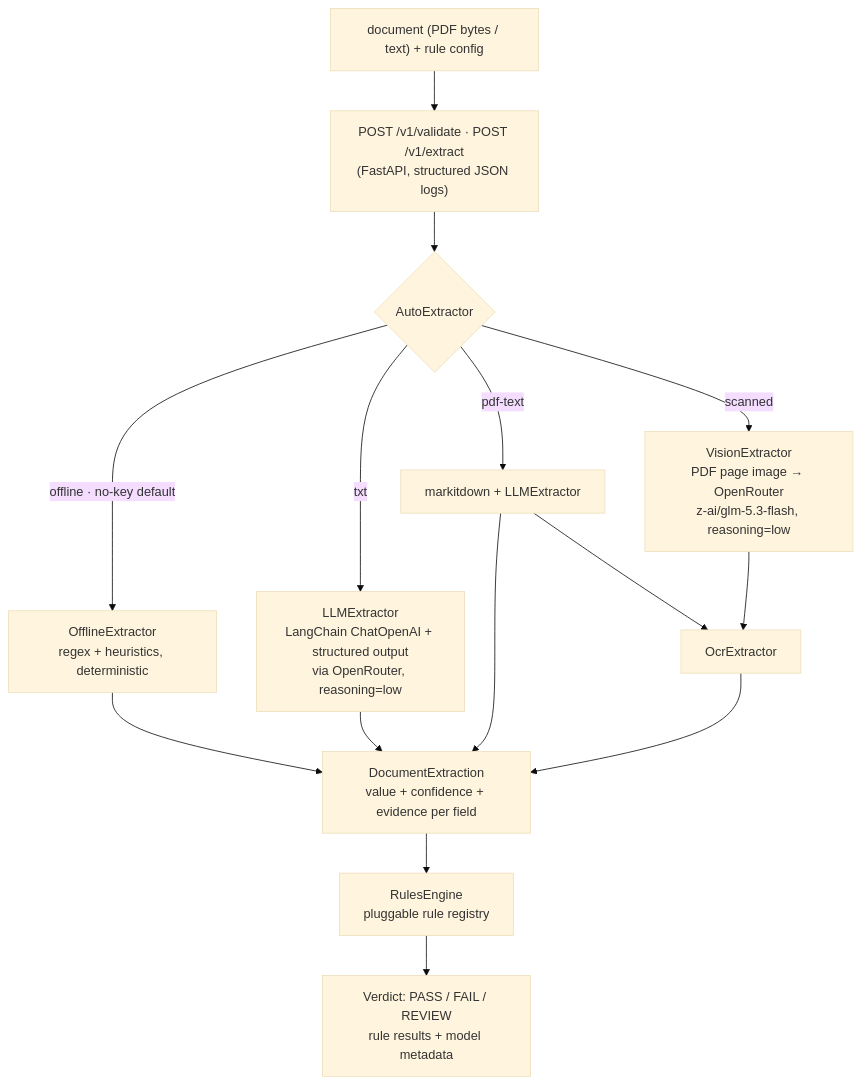
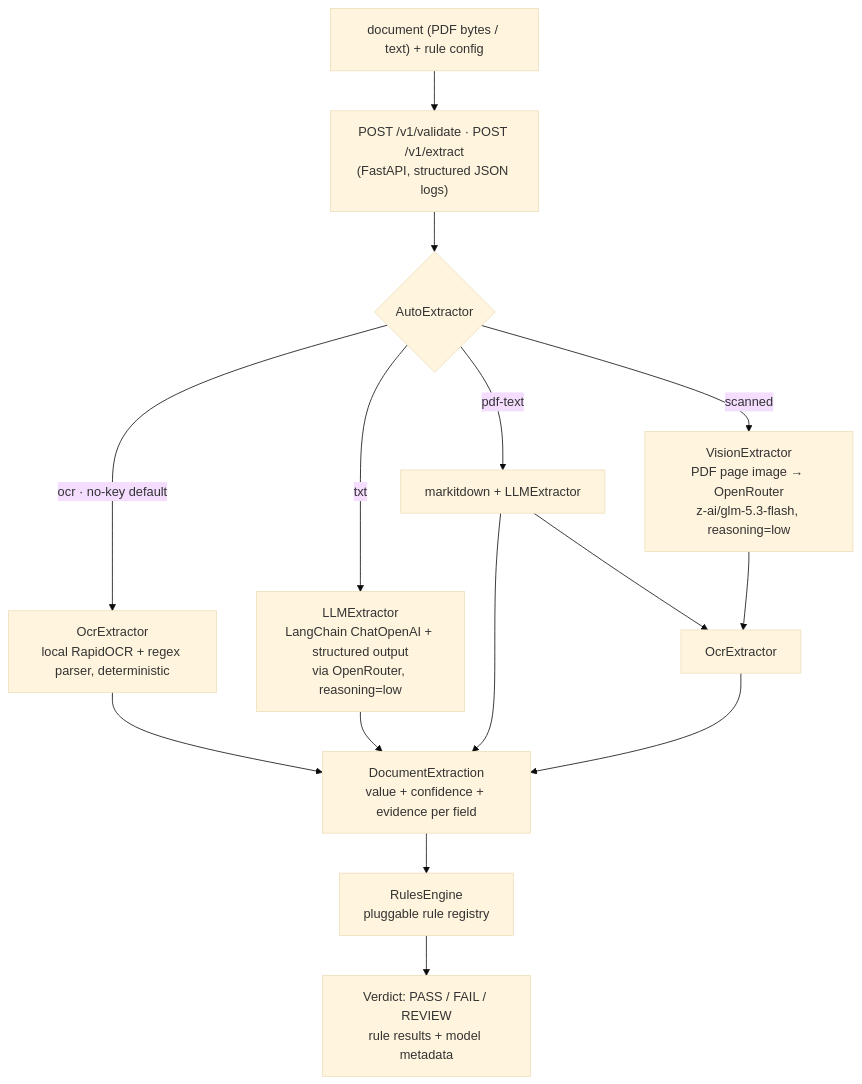
The diagram in README.md (PedroOrtix/ai-document-validator), drawn with Mermaid (base theme) before and after one commit. The commit also changed other lines of this file and 21 other files, not shown here.

First line of the commit message:
refactor(extractor): consolidate credential-free OCR floor and fix eval reporting

````diff
--- a/README.md
+++ b/README.md
@@ -177,15 +177,15 @@
 ```mermaid
 flowchart TD
     A["document (PDF bytes / text) + rule config"] --> B["POST /v1/validate · POST /v1/extract<br/>(FastAPI, structured JSON logs)"]
     B --> C{AutoExtractor}
     C -->|txt| E["LLMExtractor<br/>LangChain ChatOpenAI + structured output<br/>via OpenRouter, reasoning=low"]
     C -->|pdf-text| T["markitdown + LLMExtractor"] --> OCR["OcrExtractor"]
     C -->|scanned| E2["VisionExtractor<br/>PDF page image → OpenRouter<br/>z-ai/glm-5.3-flash, reasoning=low"] --> OCR
-    C -->|offline · no-key default| D["OfflineExtractor<br/>regex + heuristics, deterministic"]
+    C -->|ocr · no-key default| D["OcrExtractor<br/>local RapidOCR + regex parser, deterministic"]
     D --> G["DocumentExtraction<br/>value + confidence + evidence per field"]
     E --> G
     T --> G
     OCR --> G
     G --> H["RulesEngine<br/>pluggable rule registry"]
     H --> I["Verdict: PASS / FAIL / REVIEW<br/>rule results + model metadata"]
 ```
````
